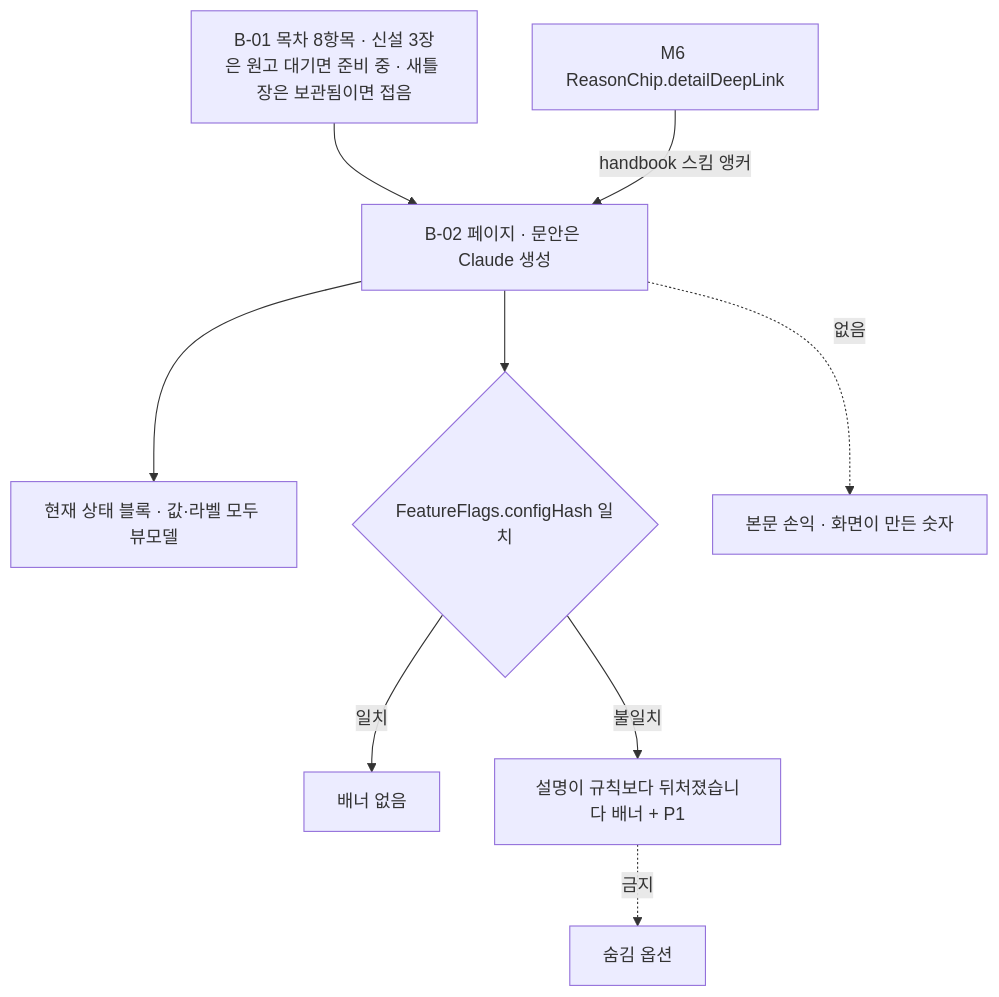
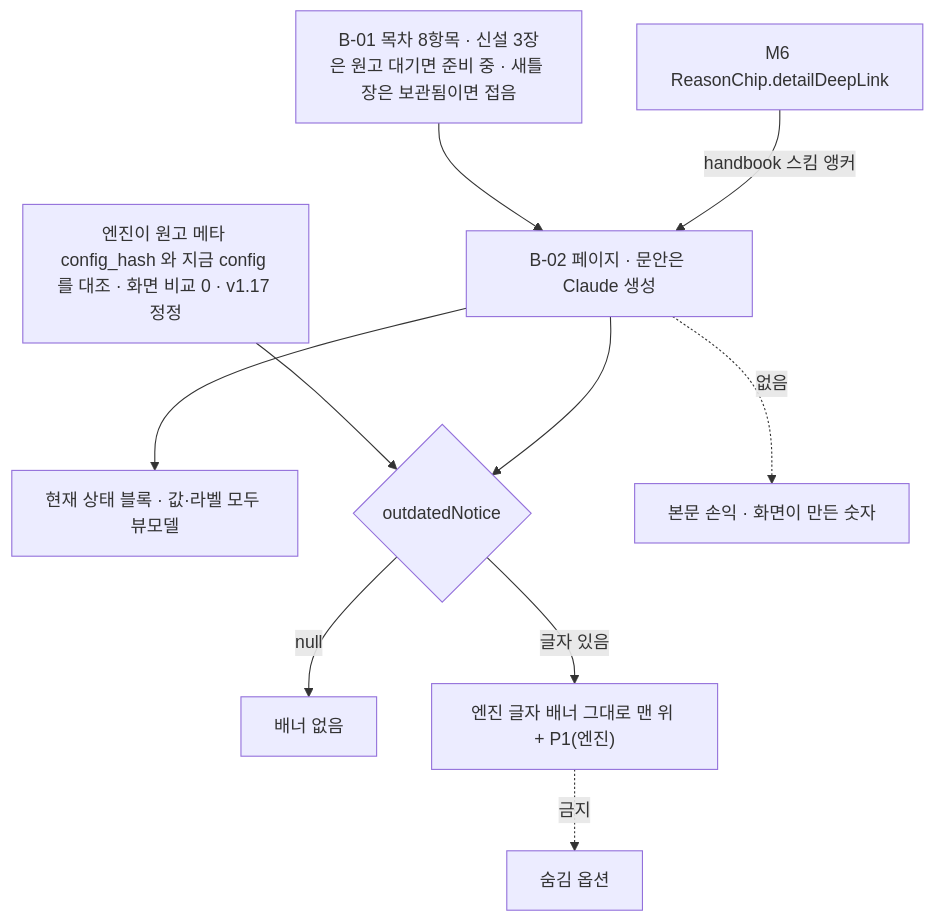
Before and after one commit to billybeom/AutoAlphaQuant: diagram 18 of 27 in docs/ai-context/04_화면명세_M8_셸_운영홈_알림_온보딩.md, drawn with Mermaid. The commit also changed other lines of this file and 16 other files, not shown here.

````diff
--- a/docs/ai-context/04_화면명세_M8_셸_운영홈_알림_온보딩.md
+++ b/docs/ai-context/04_화면명세_M8_셸_운영홈_알림_온보딩.md
@@ -970,11 +981,12 @@
 ```mermaid
 flowchart TD
   IDX["B-01 목차 8항목 · 신설 3장은 원고 대기면 준비 중 · 새틀 장은 보관됨이면 접음"] --> P["B-02 페이지 · 문안은 Claude 생성"]
   P --> LIVE["현재 상태 블록 · 값·라벨 모두 뷰모델"]
-  P --> CH{"FeatureFlags.configHash 일치"}
-  CH -->|"일치"| OKR["배너 없음"]
-  CH -->|"불일치"| BAN["설명이 규칙보다 뒤처졌습니다 배너 + P1"]
+  ENG["엔진이 원고 메타 config_hash 와 지금 config 를 대조 · 화면 비교 0 · v1.17 정정"] --> CH{"outdatedNotice"}
+  P --> CH
+  CH -->|"null"| OKR["배너 없음"]
+  CH -->|"글자 있음"| BAN["엔진 글자 배너 그대로 맨 위 + P1(엔진)"]
   BAN -.->|"금지"| HIDE["숨김 옵션"]
   DEEP["M6 ReasonChip.detailDeepLink"] -->|"handbook 스킴 앵커"| P
   P -.->|"없음"| PNL["본문 손익 · 화면이 만든 숫자"]
 ```
````
